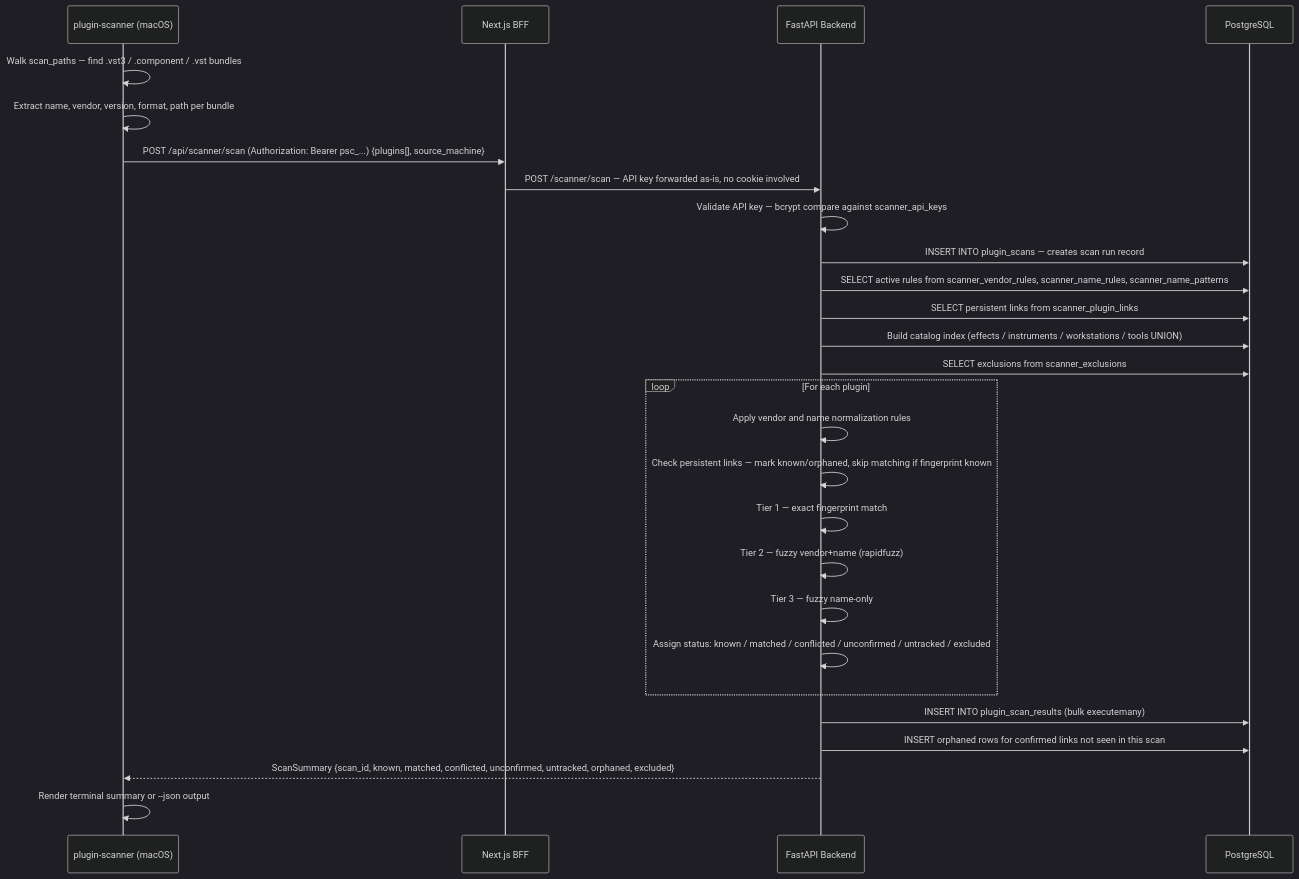
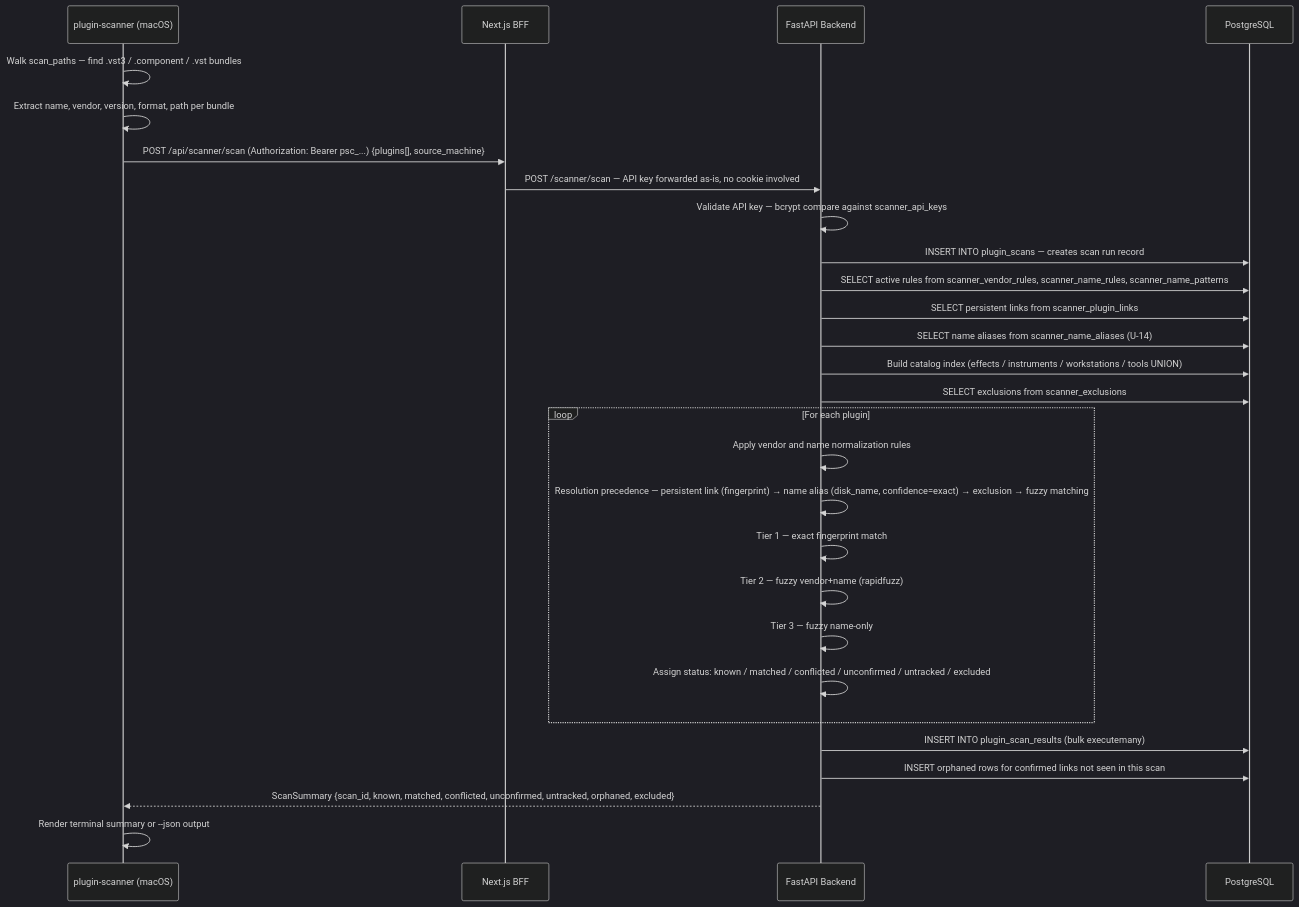
Before and after one commit to edtbl76/stud.io: the second of 4 diagrams in docs/arch/diagrams/l4-scanner.md, drawn with Mermaid (dark theme). The commit also changed 7 other files, not shown here.

Commit message:
Implement plugin collision detection and resolution in scanner (#106)

````diff
--- a/docs/arch/diagrams/l4-scanner.md
+++ b/docs/arch/diagrams/l4-scanner.md
@@ -28,30 +28,31 @@
 ```mermaid
 sequenceDiagram
     participant Binary as plugin-scanner (macOS)
     participant BFF as Next.js BFF
     participant FastAPI as FastAPI Backend
     participant DB as PostgreSQL
 
     Binary->>Binary: Walk scan_paths — find .vst3 / .component / .vst bundles
     Binary->>Binary: Extract name, vendor, version, format, path per bundle
     Binary->>BFF: POST /api/scanner/scan (Authorization: Bearer psc_...) {plugins[], source_machine}
     BFF->>FastAPI: POST /scanner/scan — API key forwarded as-is, no cookie involved
     FastAPI->>FastAPI: Validate API key — bcrypt compare against scanner_api_keys
     FastAPI->>DB: INSERT INTO plugin_scans — creates scan run record
     FastAPI->>DB: SELECT active rules from scanner_vendor_rules, scanner_name_rules, scanner_name_patterns
     FastAPI->>DB: SELECT persistent links from scanner_plugin_links
+    FastAPI->>DB: SELECT name aliases from scanner_name_aliases (U-14)
     FastAPI->>DB: Build catalog index (effects / instruments / workstations / tools UNION)
     FastAPI->>DB: SELECT exclusions from scanner_exclusions
     loop For each plugin
         FastAPI->>FastAPI: Apply vendor and name normalization rules
-        FastAPI->>FastAPI: Check persistent links — mark known/orphaned, skip matching if fingerprint known
+        FastAPI->>FastAPI: Resolution precedence — persistent link (fingerprint) → name alias (disk_name, confidence=exact) → exclusion → fuzzy matching
         FastAPI->>FastAPI: Tier 1 — exact fingerprint match
         FastAPI->>FastAPI: Tier 2 — fuzzy vendor+name (rapidfuzz)
         FastAPI->>FastAPI: Tier 3 — fuzzy name-only
         FastAPI->>FastAPI: Assign status: known / matched / conflicted / unconfirmed / untracked / excluded
     end
     FastAPI->>DB: INSERT INTO plugin_scan_results (bulk executemany)
     FastAPI->>DB: INSERT orphaned rows for confirmed links not seen in this scan
     FastAPI-->>Binary: ScanSummary {scan_id, known, matched, conflicted, unconfirmed, untracked, orphaned, excluded}
     Binary->>Binary: Render terminal summary or --json output
 ```
````
